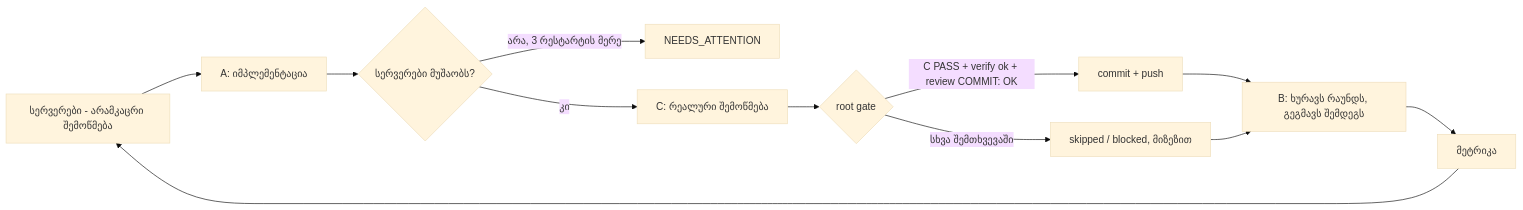
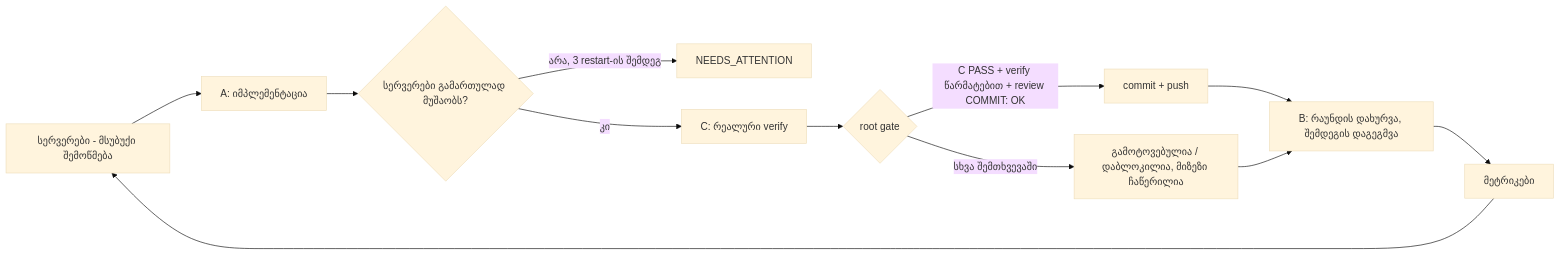
The diagram in README.ka.md (shavidze/agent-loop-kit), drawn with Mermaid (base theme) before and after one commit. The commit also changed other lines of this file and 1 other file, not shown here.

````diff
--- a/README.ka.md
+++ b/README.ka.md
@@ -30,13 +30,13 @@
 ```mermaid
 flowchart LR
-  ENV1[სერვერები - არამკაცრი შემოწმება] --> A[A: იმპლემენტაცია]
-  A --> ENV2{სერვერები მუშაობს?}
-  ENV2 -- არა, 3 რესტარტის მერე --> STOP[NEEDS_ATTENTION]
-  ENV2 -- კი --> C[C: რეალური შემოწმება]
+  ENV1[სერვერები - მსუბუქი შემოწმება] --> A[A: იმპლემენტაცია]
+  A --> ENV2{სერვერები გამართულად მუშაობს?}
+  ENV2 -- არა, 3 restart-ის შემდეგ --> STOP[NEEDS_ATTENTION]
+  ENV2 -- კი --> C[C: რეალური verify]
   C --> G{root gate}
-  G -- C PASS + verify ok + review COMMIT: OK --> PUB[commit + push]
-  G -- სხვა შემთხვევაში --> SKIP[skipped / blocked, მიზეზით]
-  PUB --> B[B: ხურავს რაუნდს, გეგმავს შემდეგს]
+  G -- C PASS + verify წარმატებით + review COMMIT: OK --> PUB[commit + push]
+  G -- სხვა შემთხვევაში --> SKIP[გამოტოვებულია / დაბლოკილია, მიზეზი ჩაწერილია]
+  PUB --> B[B: რაუნდის დახურვა, შემდეგის დაგეგმვა]
   SKIP --> B
-  B --> M[მეტრიკა] --> ENV1
+  B --> M[მეტრიკები] --> ENV1
 ```
````
